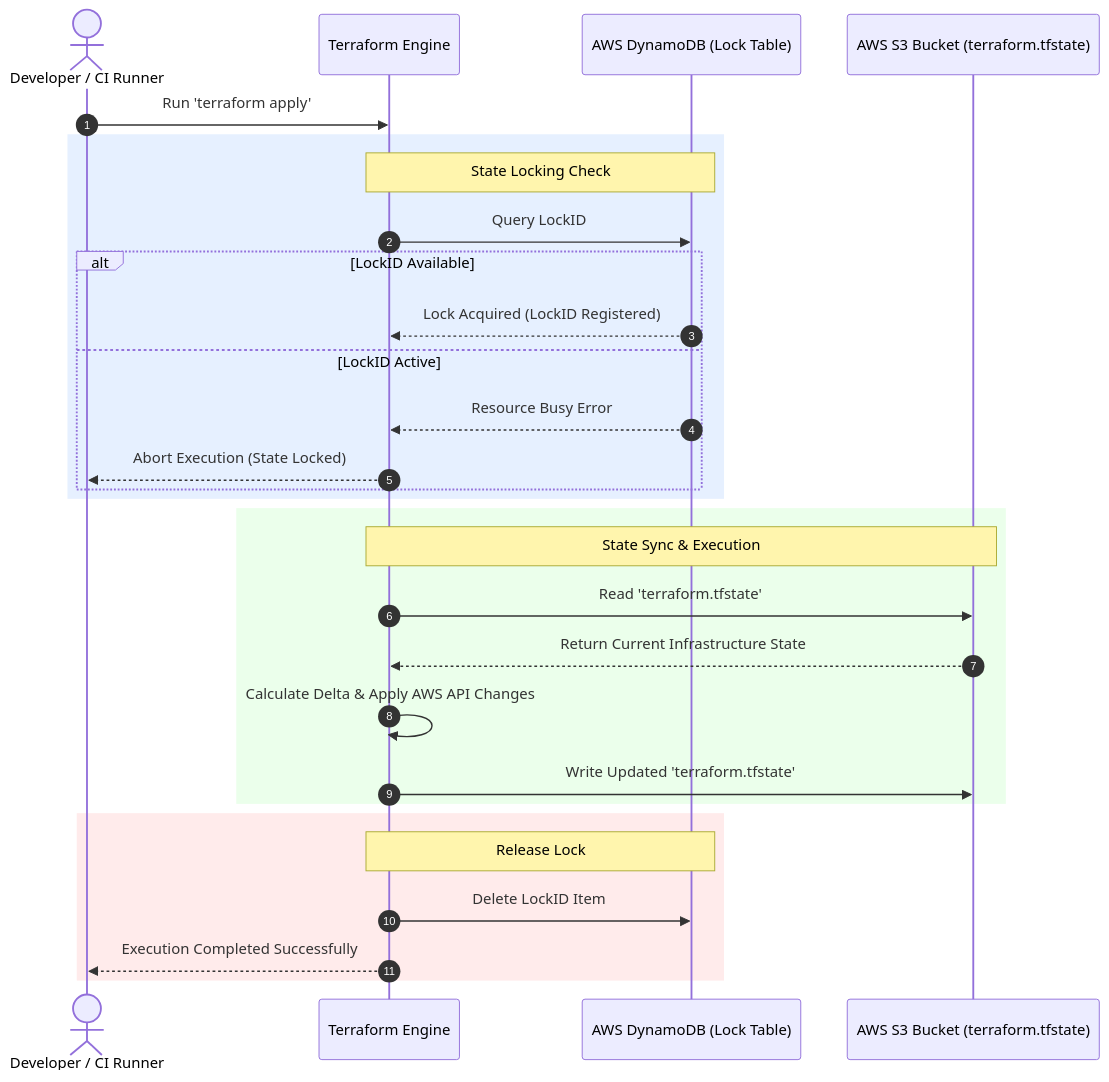
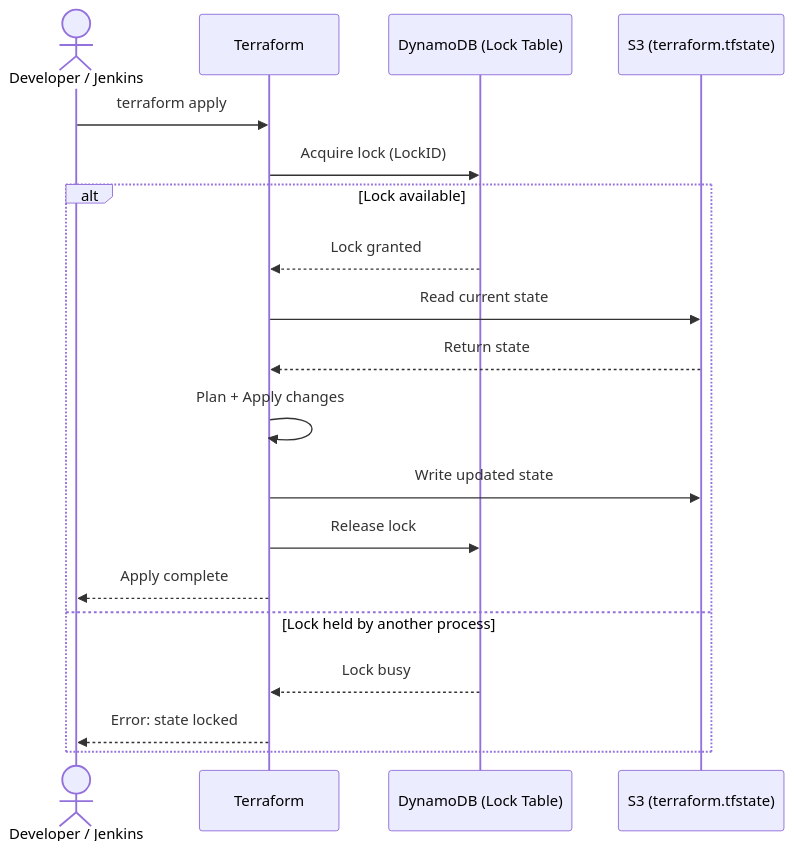
Before and after one commit to hawkhanandev/cloud-devops-lab-26: the fourth of 5 diagrams in README.md, drawn with Mermaid. The commit also changed other lines of this file and 1 other file, not shown here.

````diff
--- a/README.md
+++ b/README.md
@@ -114,35 +180,22 @@
 ```mermaid
 sequenceDiagram
-    autonumber
-    actor Dev as Developer / CI Runner
-    participant TF as Terraform Engine
-    participant DDB as AWS DynamoDB (Lock Table)
-    participant S3 as AWS S3 Bucket (terraform.tfstate)
+    actor Dev as Developer / Jenkins
+    participant TF as Terraform
+    participant DDB as DynamoDB (Lock Table)
+    participant S3 as S3 (terraform.tfstate)
 
-    Dev->>TF: Run 'terraform apply'
-    
-    rect rgb(230, 240, 255)
-        note over TF,DDB: State Locking Check
-        TF->>DDB: Query LockID
-        alt LockID Available
-            DDB-->>TF: Lock Acquired (LockID Registered)
-        else LockID Active
-            DDB-->>TF: Resource Busy Error
-            TF-->>Dev: Abort Execution (State Locked)
-        end
-    end
-
-    rect rgb(235, 255, 235)
-        note over TF,S3: State Sync & Execution
-        TF->>S3: Read 'terraform.tfstate'
-        S3-->>TF: Return Current Infrastructure State
-        TF->>TF: Calculate Delta & Apply AWS API Changes
-        TF->>S3: Write Updated 'terraform.tfstate'
-    end
-
-    rect rgb(255, 235, 235)
-        note over TF,DDB: Release Lock
-        TF->>DDB: Delete LockID Item
-        TF-->>Dev: Execution Completed Successfully
+    Dev->>TF: terraform apply
+    TF->>DDB: Acquire lock (LockID)
+    alt Lock available
+        DDB-->>TF: Lock granted
+        TF->>S3: Read current state
+        S3-->>TF: Return state
+        TF->>TF: Plan + Apply changes
+        TF->>S3: Write updated state
+        TF->>DDB: Release lock
+        TF-->>Dev: Apply complete
+    else Lock held by another process
+        DDB-->>TF: Lock busy
+        TF-->>Dev: Error: state locked
     end
 ```
````
